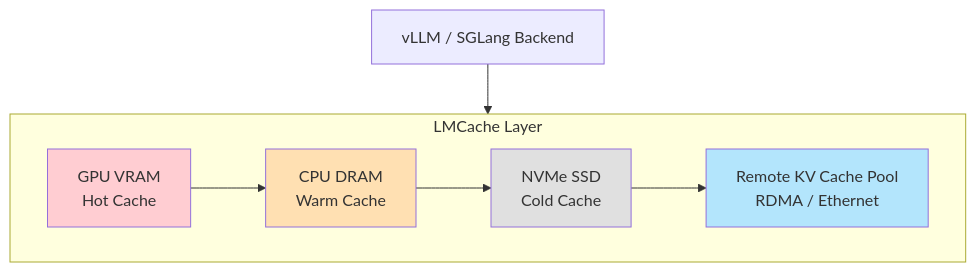
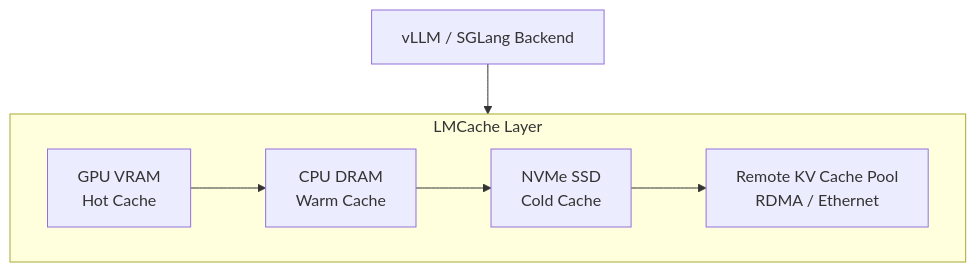
Before and after one commit to farhanshaikh-fslabs/anatomy-of-inference-serving: diagram 17 of 39 in README.md, drawn with Mermaid. The commit also changed other lines of this file, not shown here.

````diff
--- a/README.md
+++ b/README.md
@@ -790,22 +790,22 @@
 ```mermaid
 graph TB
     Backend["vLLM / SGLang Backend"]
     
     subgraph LMCache["LMCache Layer"]
         VRAM["GPU VRAM<br/>Hot Cache"]
         DRAM["CPU DRAM<br/>Warm Cache"]
         SSD["NVMe SSD<br/>Cold Cache"]
         Remote["Remote KV Cache Pool<br/>RDMA / Ethernet"]
         
         VRAM --> DRAM
         DRAM --> SSD
         SSD --> Remote
     end
     
     Backend --> LMCache
     
-    style VRAM fill:#ffcdd2
-    style DRAM fill:#ffe0b2
-    style SSD fill:#e0e0e0
-    style Remote fill:#b3e5fc
+
+
+
+
 ```
````
